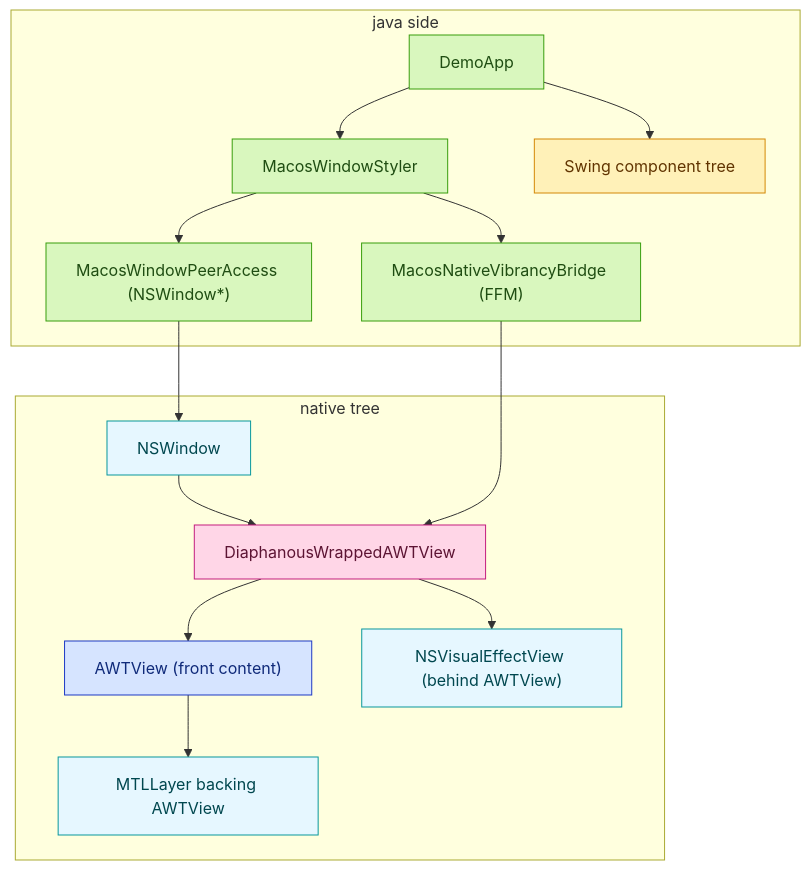
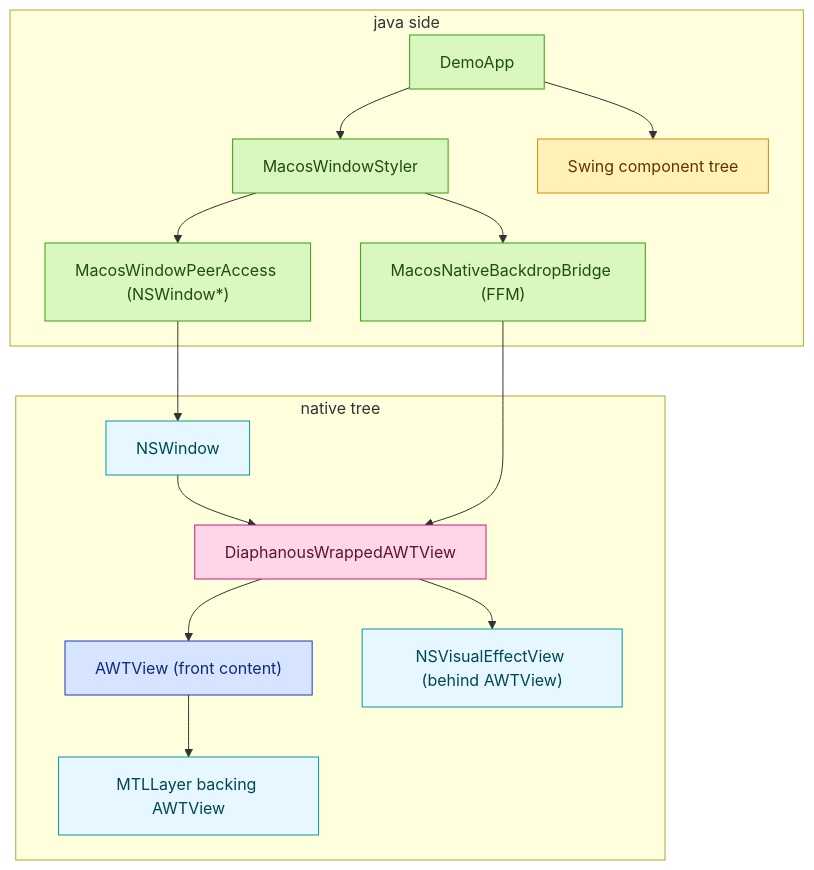
Before and after one commit to bric3/diaphanous-swing: the second of 2 diagrams in docs/004-decorated-vibrancy-progress.md, drawn with Mermaid. The commit also changed other lines of this file and 5 other files, not shown here.

````diff
--- a/docs/004-decorated-vibrancy-progress.md
+++ b/docs/004-decorated-vibrancy-progress.md
@@ -105,41 +105,41 @@
 ```mermaid
 flowchart TB
   subgraph Java["java side"]
     Demo["DemoApp"]
     Styler["MacosWindowStyler"]
-    Bridge["MacosNativeVibrancyBridge (FFM)"]
+    Bridge["MacosNativeBackdropBridge (FFM)"]
     Peer["MacosWindowPeerAccess (NSWindow*)"]
     SwingTree["Swing component tree"]
     Demo --> Styler
     Styler --> Bridge
     Styler --> Peer
     Demo --> SwingTree
   end
 
   subgraph Native["native tree"]
     Win["NSWindow"]
     Wrapper["DiaphanousWrappedAWTView"]
     Awt["AWTView (front content)"]
     Mtl["MTLLayer backing AWTView"]
     Effect["NSVisualEffectView (behind AWTView)"]
     Win --> Wrapper
     Wrapper --> Awt
     Awt --> Mtl
     Wrapper --> Effect
   end
 
   Peer --> Win
   Bridge --> Wrapper
 
   classDef pureJavaMine fill:#d9f7be,stroke:#389e0d,color:#1f4d12
   classDef pureJavaJdk fill:#fff1b8,stroke:#d48806,color:#613400
   classDef nativeMine fill:#ffd6e7,stroke:#c41d7f,color:#5c1433
   classDef nativeJdk fill:#d6e4ff,stroke:#1d39c4,color:#102a7a
   classDef nativeMac fill:#e6f7ff,stroke:#08979c,color:#00474f
 
   class Demo,Styler,Bridge,Peer pureJavaMine
   class SwingTree pureJavaJdk
   class Wrapper nativeMine
   class Awt nativeJdk
   class Win,Mtl,Effect nativeMac
 ```
````
